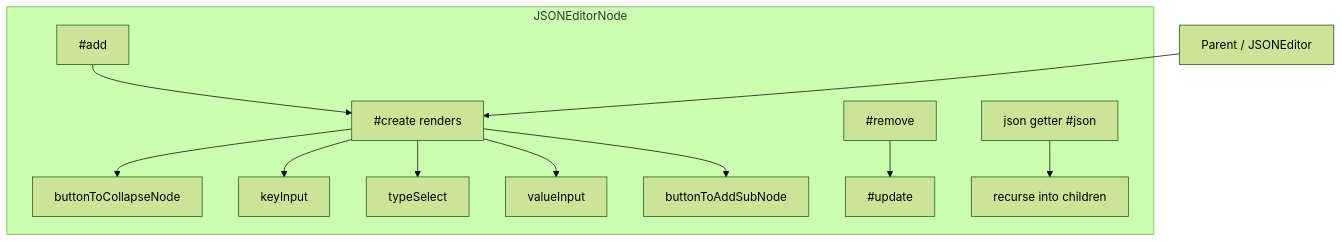
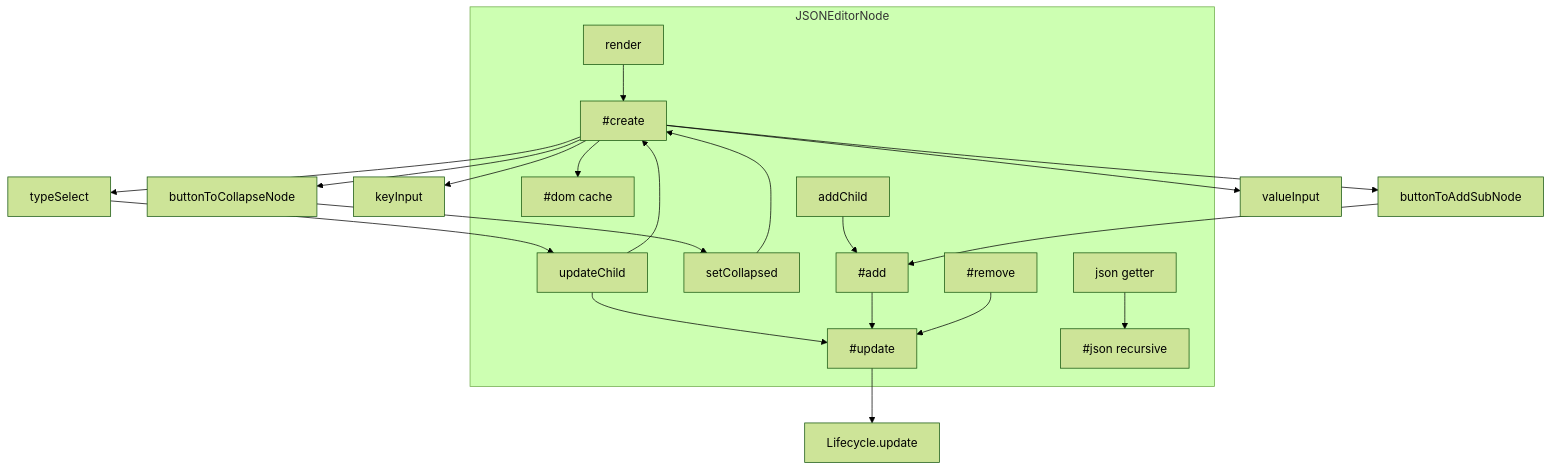
The third of 9 diagrams in doc/architecture.md (pardnchiu/NanoJSON), drawn with Mermaid (forest theme) before and after one commit. The commit also changed other lines of this file and 8 other files, not shown here.

Commit message:
doc: Regenerate bilingual README, docs, and architecture per latest skill spec

````diff
--- a/doc/architecture.md
+++ b/doc/architecture.md
@@ -40,14 +54,23 @@
 ```mermaid
 graph TB
     subgraph JSONEditorNode
-        Create[#create renders] --> Collapse[buttonToCollapseNode]
-        Create --> Key[keyInput]
-        Create --> TypeSel[typeSelect]
-        Create --> Value[valueInput]
-        Create --> AddSub[buttonToAddSubNode]
-        Add[#add] --> Create
-        Remove[#remove] --> Update[#update]
-        JsonGetter[json getter #json] --> Children[recurse into children]
+        R[render] --> C[#create]
+        C --> DOM[#dom cache]
+        UC[updateChild] --> C
+        UC --> U[#update]
+        SC[setCollapsed] --> C
+        AC[addChild] --> ADD[#add]
+        ADD --> U
+        REM[#remove] --> U
+        J[json getter] --> JS[#json recursive]
     end
-    Parent[Parent / JSONEditor] --> Create
+    C --> Col[buttonToCollapseNode]
+    C --> Key[keyInput]
+    C --> Type[typeSelect]
+    C --> Val[valueInput]
+    C --> Sub[buttonToAddSubNode]
+    U --> Life[Lifecycle.update]
+    Col --> SC
+    Sub --> ADD
+    Type --> UC
 ```
````
